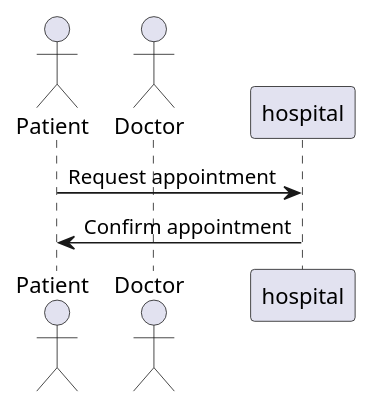
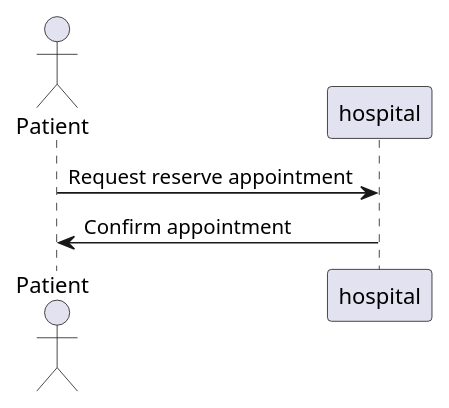
The diagram in diagrams/patientBookingSystemDiagram.puml (MrNegnar/hospitalBookingManagerModule), drawn with PlantUML before and after one commit. The commit also changed 2 other files, not shown here.

```diff
--- a/diagrams/patientBookingSystemDiagram.puml
+++ b/diagrams/patientBookingSystemDiagram.puml
@@ -1,11 +1,10 @@
-@startuml
+@startuml SystemSequenceDiagram
 
 Actor Patient
-Actor Doctor
 
 participant hospital
 
-Patient -> hospital: Request appointment
+Patient -> hospital: Request reserve appointment
 hospital -> Patient: Confirm appointment
 
 @enduml
```
